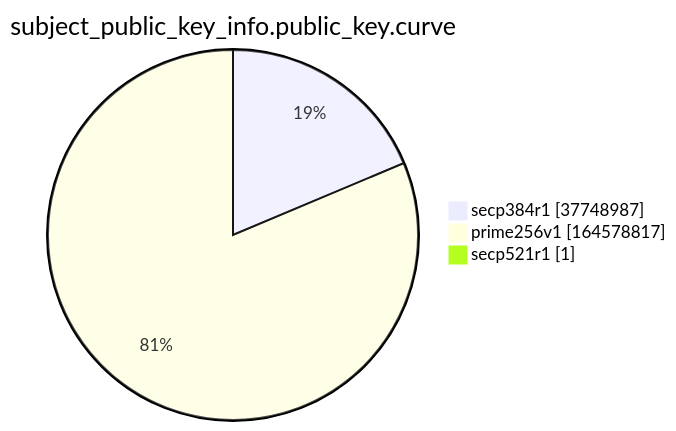
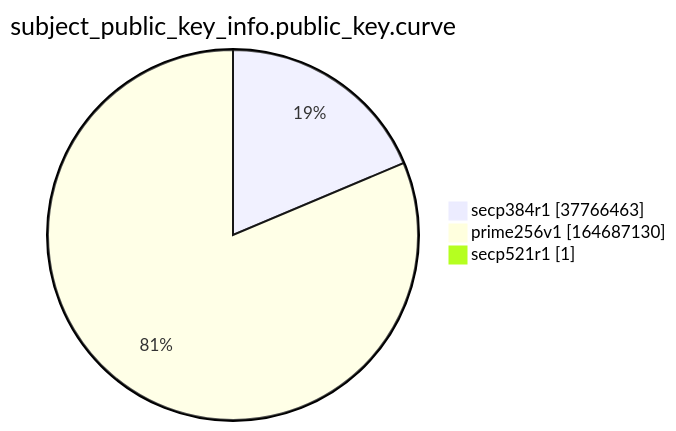
Before and after one commit to christiankrug/ctmonitor_visualization: the ninth of 15 diagrams in argon2022/README.md, drawn with Mermaid. The commit also changed other lines of this file, not shown here.

````diff
--- a/argon2022/README.md
+++ b/argon2022/README.md
@@ -2766,7 +2766,7 @@
 ```mermaid
 pie showData
 title subject_public_key_info.public_key.curve
-"secp384r1" :37748987
-"prime256v1" :164578817
+"secp384r1" :37766463
+"prime256v1" :164687130
 "secp521r1" :1
 ```
````
